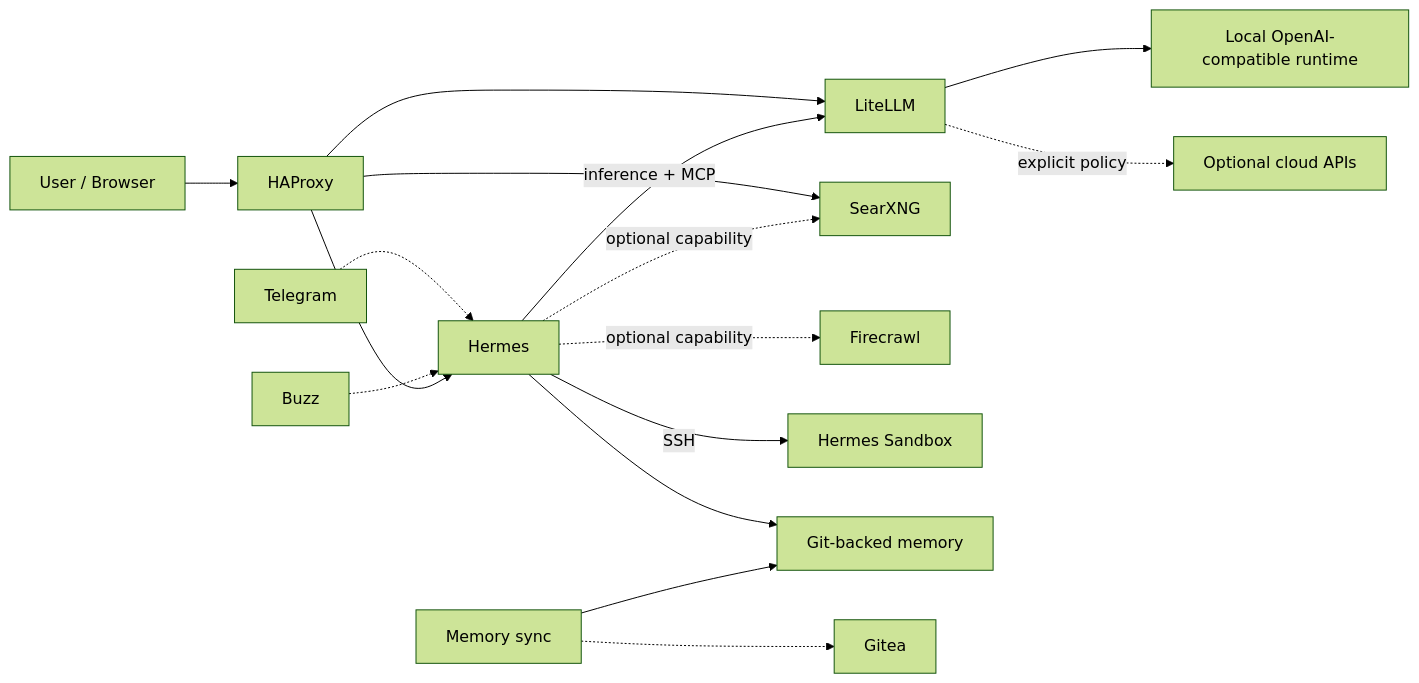
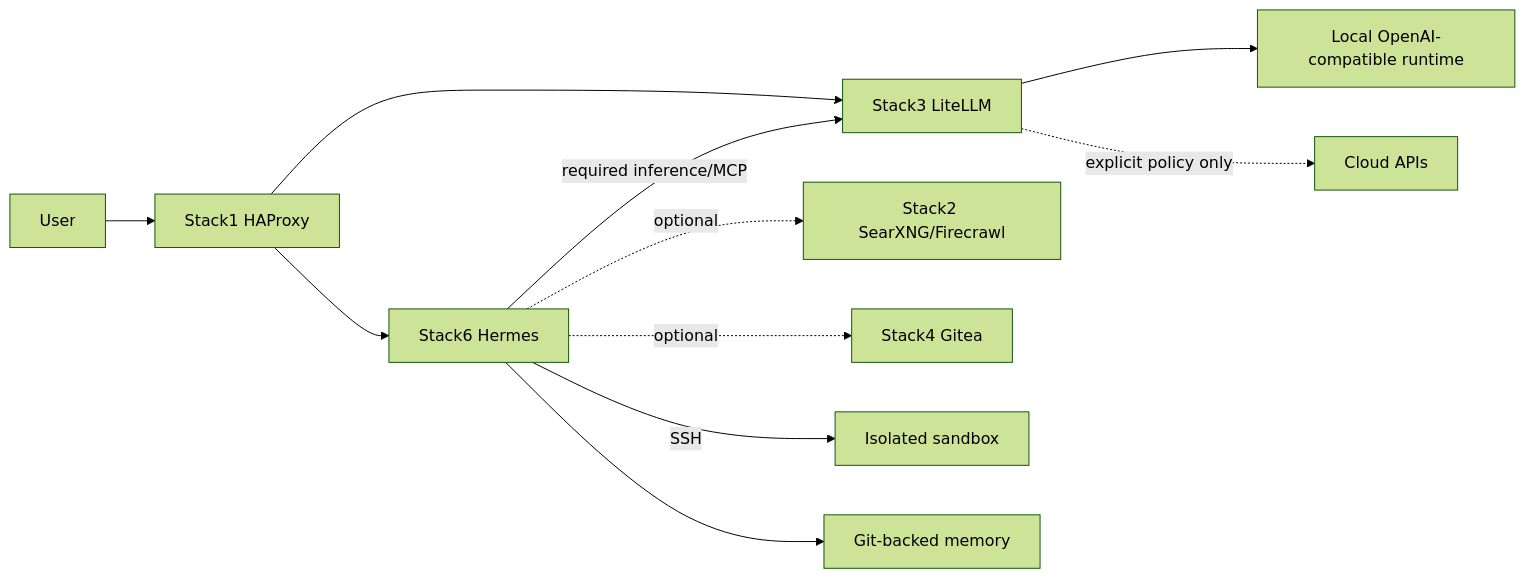
One commit to ea1het/local_hybrid_ai changed the third of 4 diagrams in README.md. Above: the diagram before and after it, drawn with Mermaid (forest theme). The commit also changed other lines of this file and 46 other files, not shown here.

````diff
--- a/README.md
+++ b/README.md
@@ -151,18 +51,13 @@
 ```mermaid
 flowchart LR
-    U[User / Browser] --> HP[HAProxy]
-    TG[Telegram] -.-> H[Hermes]
-    BZ[Buzz] -.-> H
-    HP --> H
-    HP --> LL[LiteLLM]
-    HP --> SX[SearXNG]
-    H -->|inference + MCP| LL
-    LL --> LOCAL[Local OpenAI-compatible runtime]
-    LL -.->|explicit policy| CLOUD[Optional cloud APIs]
-    H -.->|optional capability| SX
-    H -.->|optional capability| FC[Firecrawl]
-    H -->|SSH| SB[Hermes Sandbox]
-    H --> MEM[Git-backed memory]
-    MS[Memory sync] -.-> G[Gitea]
-    MS --> MEM
+  U[User] --> HP[Stack1 HAProxy]
+  HP --> H[Stack6 Hermes]
+  HP --> LL[Stack3 LiteLLM]
+  H -->|required inference/MCP| LL
+  LL --> LOCAL[Local OpenAI-compatible runtime]
+  LL -.->|explicit policy only| CLOUD[Cloud APIs]
+  H -.->|optional| SX[Stack2 SearXNG/Firecrawl]
+  H -.->|optional| G[Stack4 Gitea]
+  H -->|SSH| SB[Isolated sandbox]
+  H --> MEM[Git-backed memory]
 ```
````
